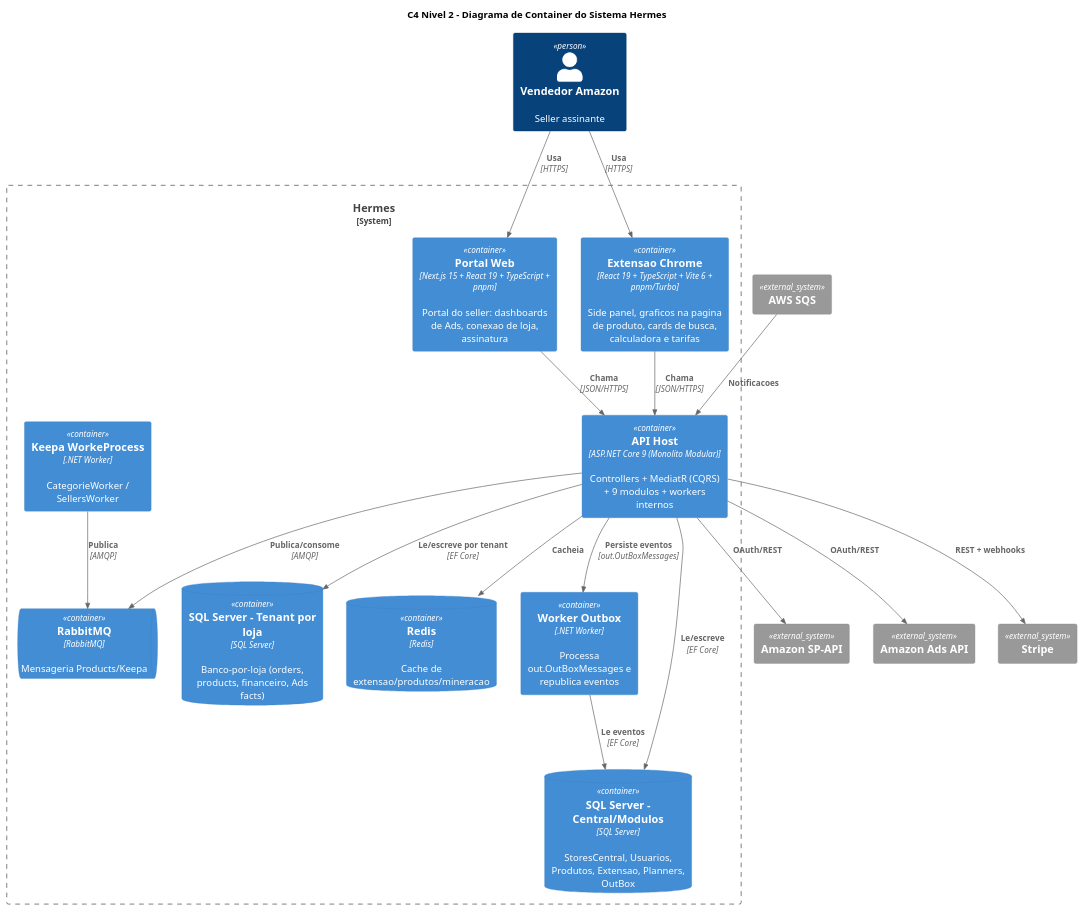
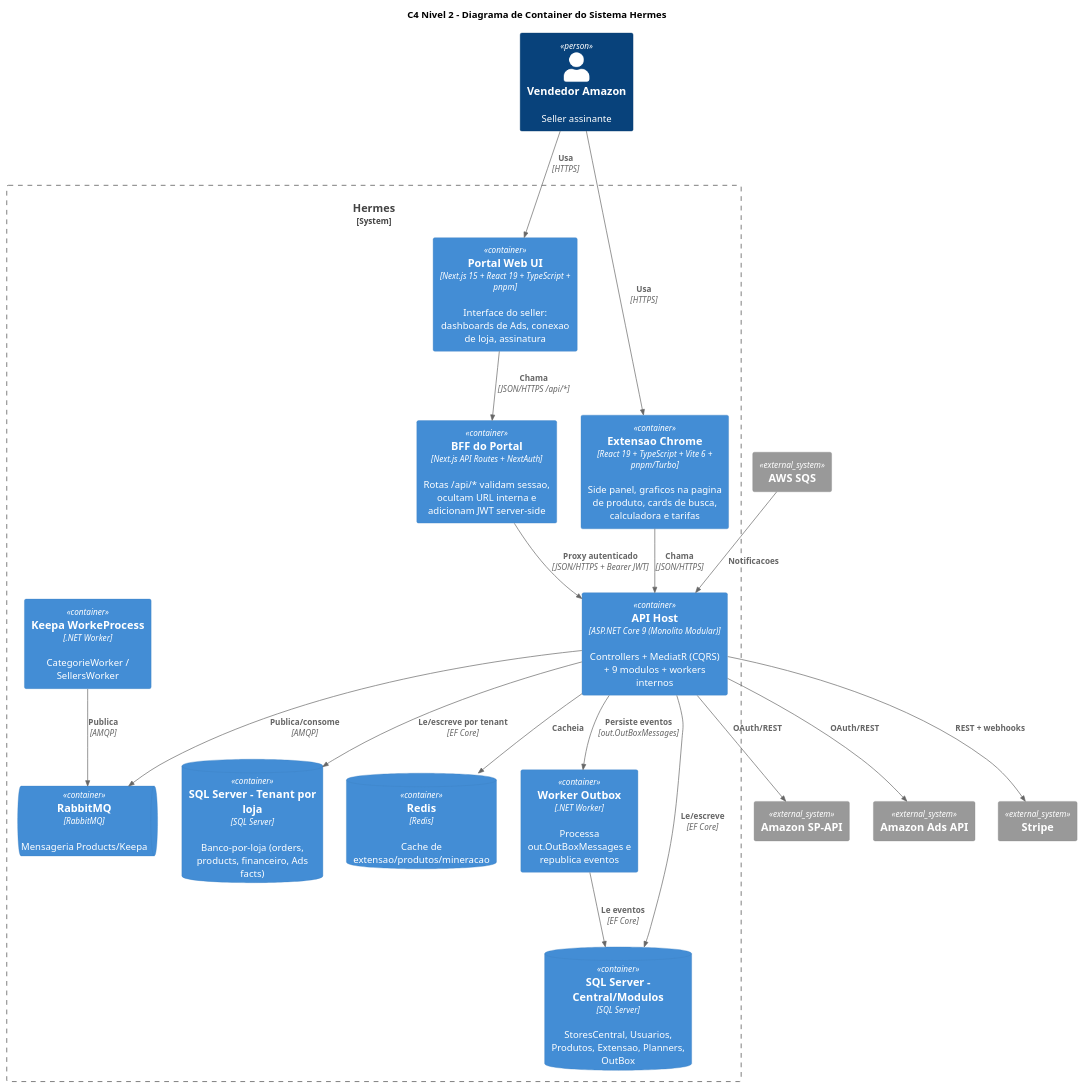
Before and after one commit to MirandaSls/Projeto-Final-PS: the diagram in docs/diagramas/c4-container.puml, drawn with PlantUML. The commit also changed 8 other files, not shown here.

Commit message:
docs: modela BFF do portal nos diagramas

```diff
--- a/docs/diagramas/c4-container.puml
+++ b/docs/diagramas/c4-container.puml
@@ -1,39 +1,41 @@
 @startuml c4-container
 !include https://raw.githubusercontent.com/plantuml-stdlib/C4-PlantUML/master/C4_Container.puml
 title C4 Nivel 2 - Diagrama de Container do Sistema Hermes
 
 Person(seller, "Vendedor Amazon", "Seller assinante")
 
 System_Boundary(hermes, "Hermes") {
-  Container(spa, "Portal Web", "Next.js 15 + React 19 + TypeScript + pnpm", "Portal do seller: dashboards de Ads, conexao de loja, assinatura")
+  Container(spa, "Portal Web UI", "Next.js 15 + React 19 + TypeScript + pnpm", "Interface do seller: dashboards de Ads, conexao de loja, assinatura")
+  Container(bff, "BFF do Portal", "Next.js API Routes + NextAuth", "Rotas /api/* validam sessao, ocultam URL interna e adicionam JWT server-side")
   Container(ext, "Extensao Chrome", "React 19 + TypeScript + Vite 6 + pnpm/Turbo", "Side panel, graficos na pagina de produto, cards de busca, calculadora e tarifas")
   Container(api, "API Host", "ASP.NET Core 9 (Monolito Modular)", "Controllers + MediatR (CQRS) + 9 modulos + workers internos")
   Container(outbox, "Worker Outbox", ".NET Worker", "Processa out.OutBoxMessages e republica eventos")
   Container(keepaw, "Keepa WorkeProcess", ".NET Worker", "CategorieWorker / SellersWorker")
   ContainerDb(sqlcentral, "SQL Server - Central/Modulos", "SQL Server", "StoresCentral, Usuarios, Produtos, Extensao, Planners, OutBox")
   ContainerDb(sqltenant, "SQL Server - Tenant por loja", "SQL Server", "Banco-por-loja (orders, products, financeiro, Ads facts)")
   ContainerDb(redis, "Redis", "Redis", "Cache de extensao/produtos/mineracao")
   ContainerQueue(rabbit, "RabbitMQ", "RabbitMQ", "Mensageria Products/Keepa")
 }
 
 System_Ext(spapi, "Amazon SP-API", "")
 System_Ext(ads, "Amazon Ads API", "")
 System_Ext(sqs, "AWS SQS", "")
 System_Ext(stripe, "Stripe", "")
 
 Rel(seller, spa, "Usa", "HTTPS")
 Rel(seller, ext, "Usa", "HTTPS")
-Rel(spa, api, "Chama", "JSON/HTTPS")
+Rel(spa, bff, "Chama", "JSON/HTTPS /api/*")
+Rel(bff, api, "Proxy autenticado", "JSON/HTTPS + Bearer JWT")
 Rel(ext, api, "Chama", "JSON/HTTPS")
 Rel(api, sqlcentral, "Le/escreve", "EF Core")
 Rel(api, sqltenant, "Le/escreve por tenant", "EF Core")
 Rel(api, redis, "Cacheia", "")
 Rel(api, rabbit, "Publica/consome", "AMQP")
 Rel(api, outbox, "Persiste eventos", "out.OutBoxMessages")
 Rel(outbox, sqlcentral, "Le eventos", "EF Core")
 Rel(api, spapi, "OAuth/REST")
 Rel(api, ads, "OAuth/REST")
 Rel(sqs, api, "Notificacoes")
 Rel(api, stripe, "REST + webhooks")
 Rel(keepaw, rabbit, "Publica", "AMQP")
 @enduml
```
